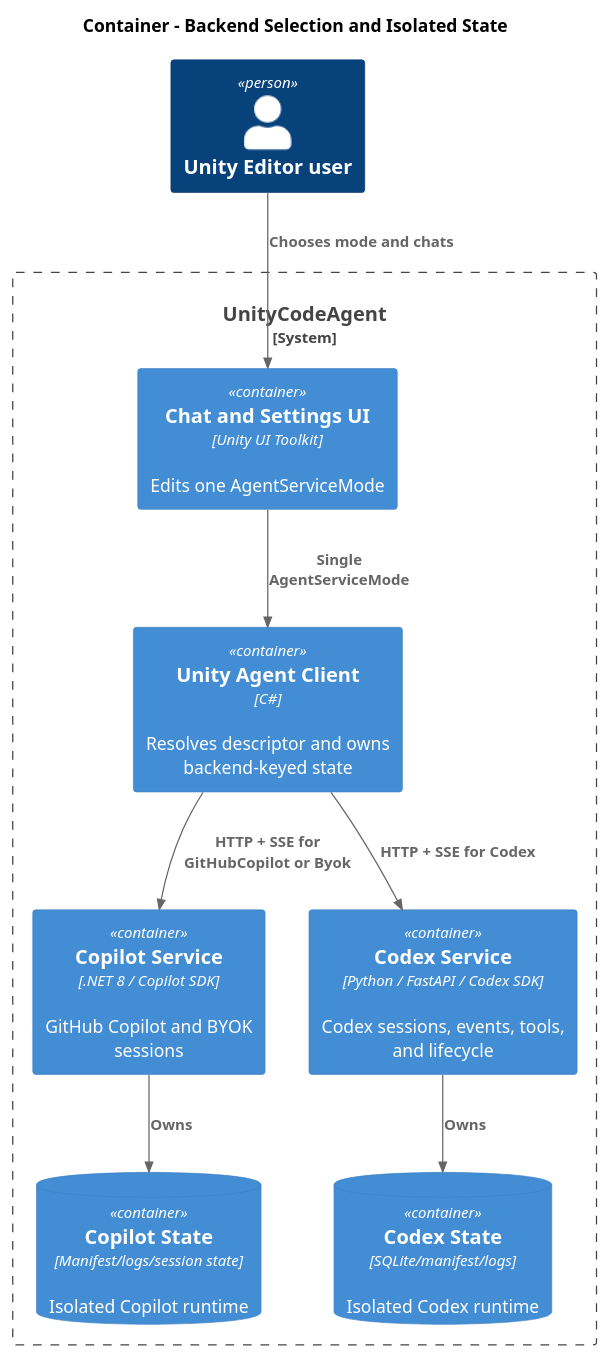
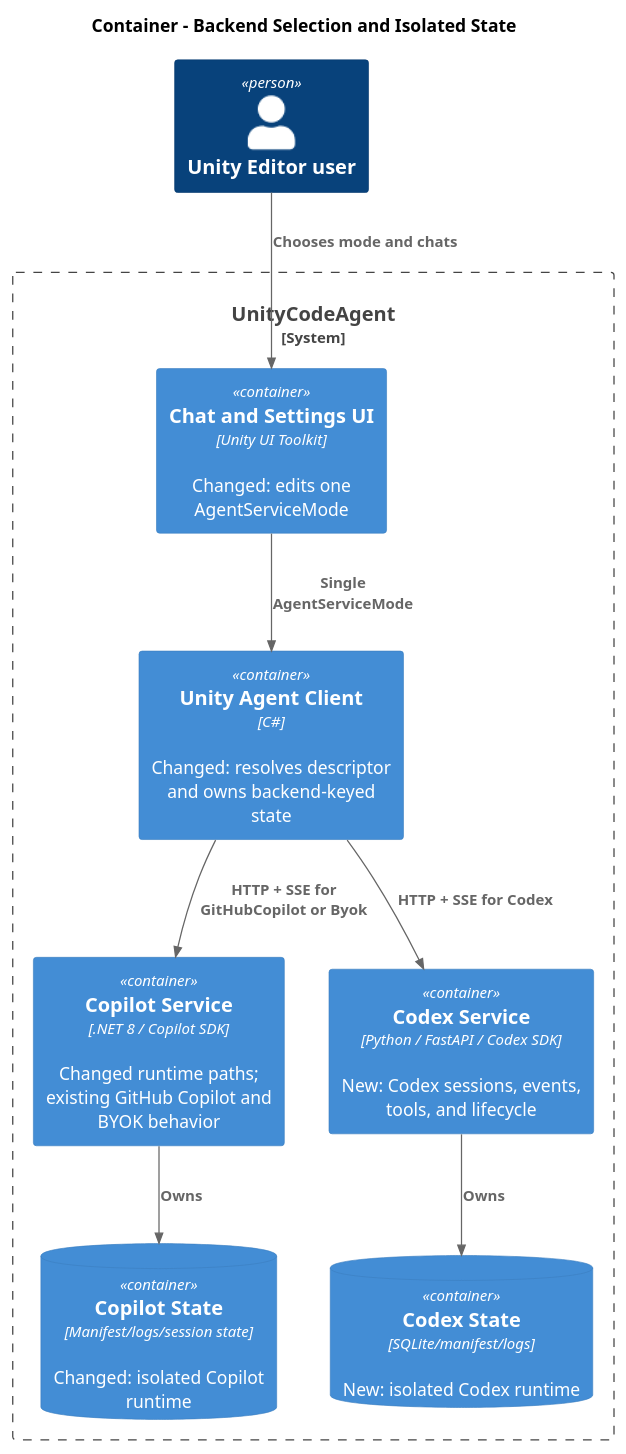
Before and after one commit to Signal-Loop/UnityCodeAgent: the second of 5 diagrams in docs/kanban/add-codex-agent-service.md, drawn with PlantUML. The commit also changed other lines of this file, not shown here.

Commit message:
feat: Update add-codex-agent-service.md to reflect status change and enhance documentation for Codex service integration

````diff
--- a/docs/kanban/add-codex-agent-service.md
+++ b/docs/kanban/add-codex-agent-service.md
@@ -159,21 +171,21 @@
 ```plantuml
 @startuml
 !include <C4/C4_Container>
 title Container - Backend Selection and Isolated State
 Person(user, "Unity Editor user")
 System_Boundary(uca, "UnityCodeAgent") {
-  Container(ui, "Chat and Settings UI", "Unity UI Toolkit", "Edits one AgentServiceMode")
-  Container(client, "Unity Agent Client", "C#", "Resolves descriptor and owns backend-keyed state")
-  Container(copilotService, "Copilot Service", ".NET 8 / Copilot SDK", "GitHub Copilot and BYOK sessions")
-  Container(codexService, "Codex Service", "Python / FastAPI / Codex SDK", "Codex sessions, events, tools, and lifecycle")
-  ContainerDb(copilotState, "Copilot State", "Manifest/logs/session state", "Isolated Copilot runtime")
-  ContainerDb(codexState, "Codex State", "SQLite/manifest/logs", "Isolated Codex runtime")
+  Container(ui, "Chat and Settings UI", "Unity UI Toolkit", "Changed: edits one AgentServiceMode")
+  Container(client, "Unity Agent Client", "C#", "Changed: resolves descriptor and owns backend-keyed state")
+  Container(copilotService, "Copilot Service", ".NET 8 / Copilot SDK", "Changed runtime paths; existing GitHub Copilot and BYOK behavior")
+  Container(codexService, "Codex Service", "Python / FastAPI / Codex SDK", "New: Codex sessions, events, tools, and lifecycle")
+  ContainerDb(copilotState, "Copilot State", "Manifest/logs/session state", "Changed: isolated Copilot runtime")
+  ContainerDb(codexState, "Codex State", "SQLite/manifest/logs", "New: isolated Codex runtime")
 }
 Rel(user, ui, "Chooses mode and chats")
 Rel(ui, client, "Single AgentServiceMode")
 Rel(client, copilotService, "HTTP + SSE for GitHubCopilot or Byok")
 Rel(client, codexService, "HTTP + SSE for Codex")
 Rel(copilotService, copilotState, "Owns")
 Rel(codexService, codexState, "Owns")
 @enduml
 ```
````
